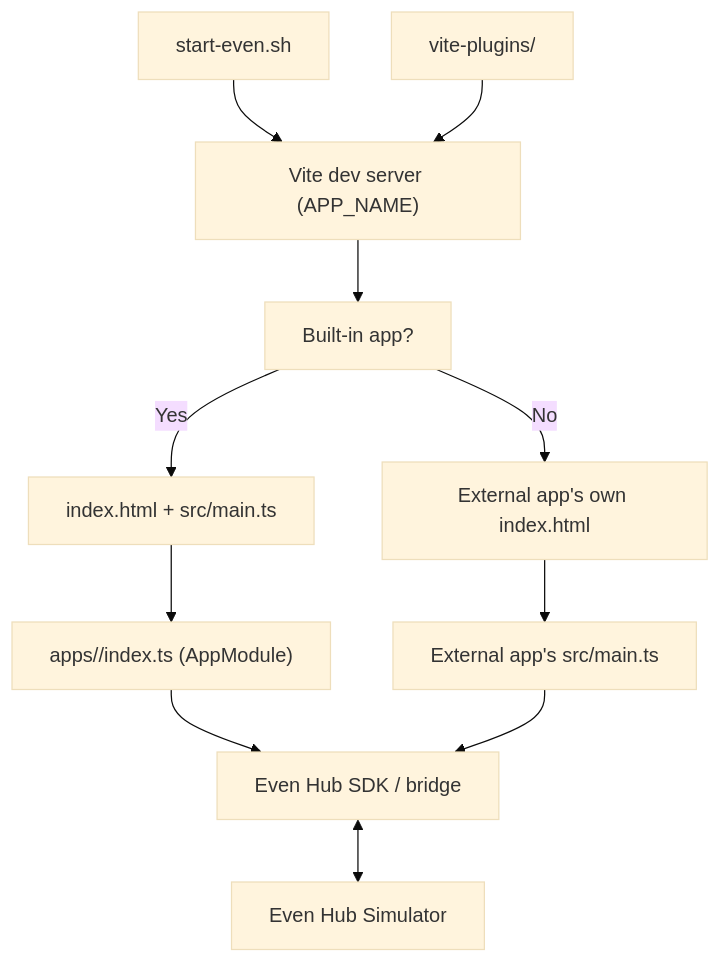
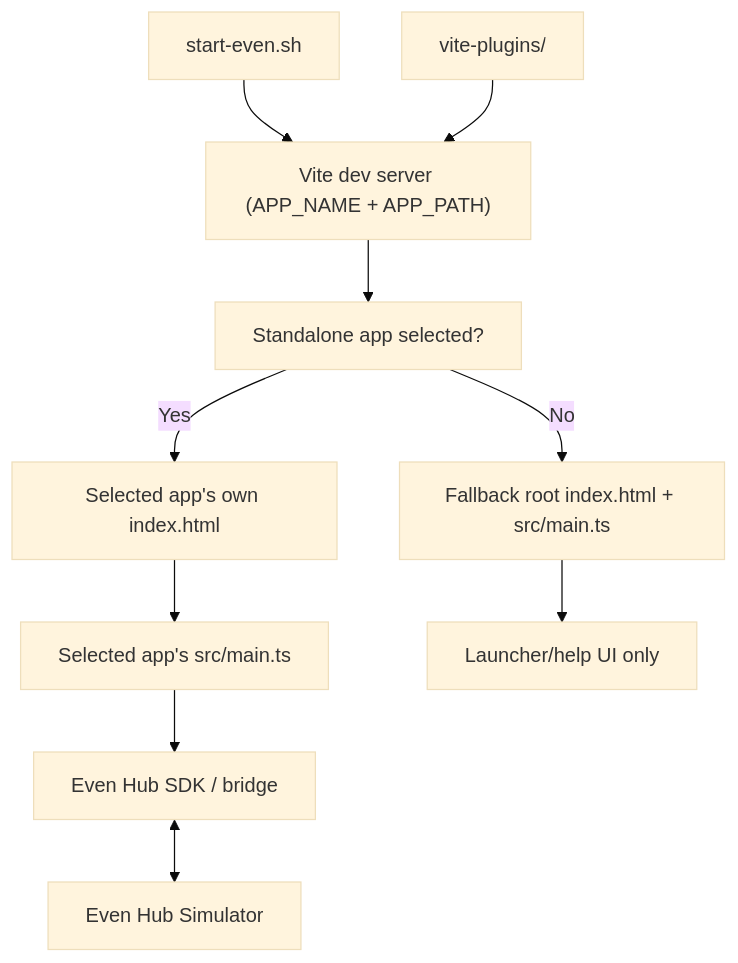
One commit to Youfengxu/even-g2-apps changed the diagram in README.md. Above: the diagram before and after it, drawn with Mermaid (base theme). The commit also changed other lines of this file and 68 other files, not shown here.

Commit message:
New version (0.0.6) built-in apps (/apps/*) are stendalone applications, and has unified web design (app/_shared)

````diff
--- a/README.md
+++ b/README.md
@@ -335,18 +371,17 @@
 ```mermaid
 flowchart TD
-  A["start-even.sh"] --> B["Vite dev server (APP_NAME)"]
+  A["start-even.sh"] --> B["Vite dev server (APP_NAME + APP_PATH)"]
 
-  B --> C["Built-in app?"]
-  C -- Yes --> D["index.html + src/main.ts"]
-  D --> E["apps/<app>/index.ts (AppModule)"]
+  B --> C["Standalone app selected?"]
+  C -- Yes --> D["Selected app's own index.html"]
+  D --> E["Selected app's src/main.ts"]
 
-  C -- No --> F["External app's own index.html"]
-  F --> G["External app's src/main.ts"]
+  C -- No --> F["Fallback root index.html + src/main.ts"]
 
   E --> H["Even Hub SDK / bridge"]
-  G --> H
+  F --> I["Launcher/help UI only"]
 
-  H <--> I["Even Hub Simulator"]
+  H <--> J["Even Hub Simulator"]
 
-  J["vite-plugins/"] --> B
+  K["vite-plugins/"] --> B
 ```
````
